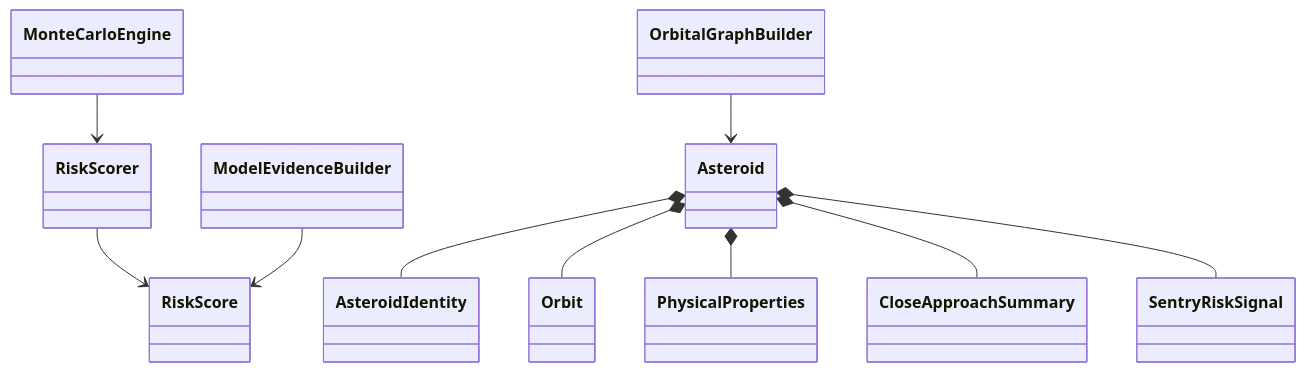
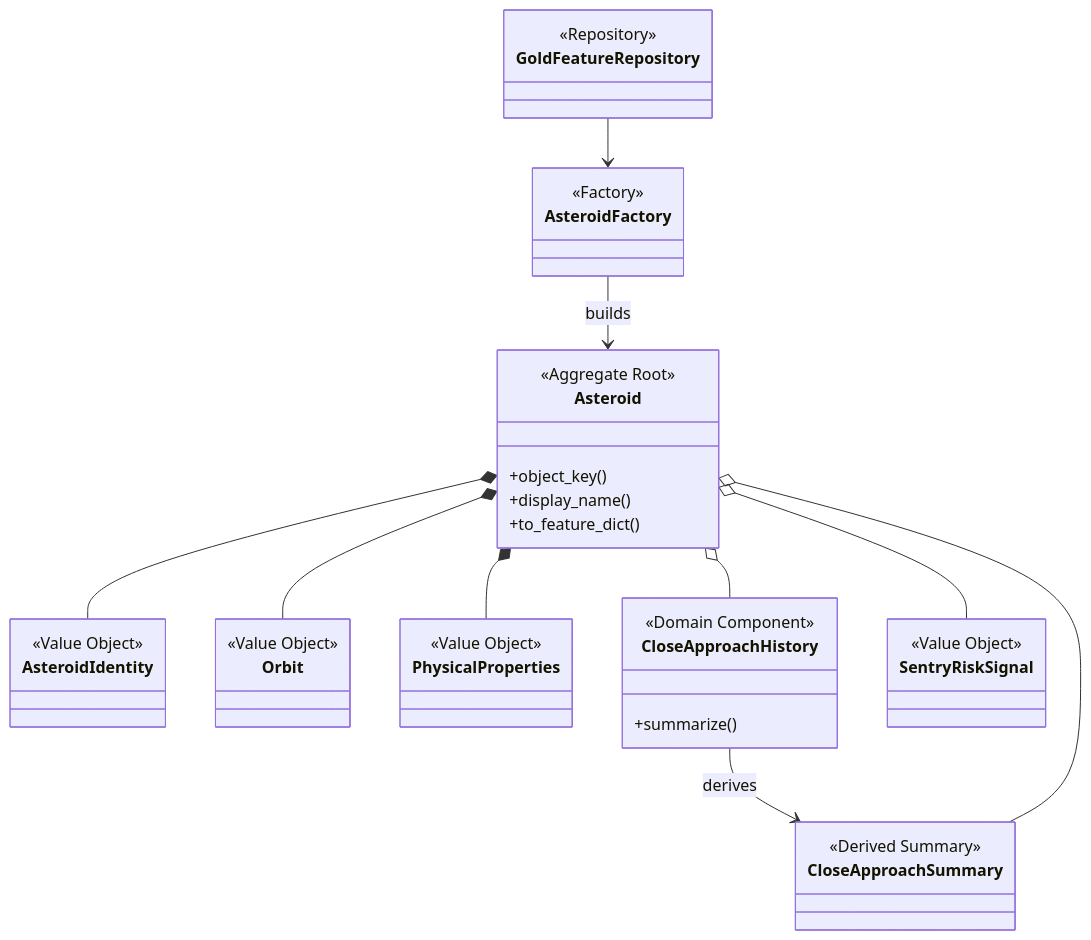
Before and after one commit to LiamSalazar/NEO-Angele-Risk-Lab: the third of 4 diagrams in README.md, drawn with Mermaid. The commit also changed other lines of this file and 14 other files, not shown here.

````diff
--- a/README.md
+++ b/README.md
@@ -154,23 +171,44 @@
 ```mermaid
 classDiagram
-    class Asteroid
-    class AsteroidIdentity
-    class Orbit
-    class PhysicalProperties
-    class CloseApproachSummary
-    class SentryRiskSignal
-    class RiskScore
-    class RiskScorer
-    class MonteCarloEngine
-    class OrbitalGraphBuilder
-    class ModelEvidenceBuilder
+    class Asteroid {
+        <<Aggregate Root>>
+        +object_key()
+        +display_name()
+        +to_feature_dict()
+    }
+    class AsteroidIdentity {
+        <<Value Object>>
+    }
+    class Orbit {
+        <<Value Object>>
+    }
+    class PhysicalProperties {
+        <<Value Object>>
+    }
+    class CloseApproachHistory {
+        <<Domain Component>>
+        +summarize()
+    }
+    class CloseApproachSummary {
+        <<Derived Summary>>
+    }
+    class SentryRiskSignal {
+        <<Value Object>>
+    }
+    class AsteroidFactory {
+        <<Factory>>
+    }
+    class GoldFeatureRepository {
+        <<Repository>>
+    }
+
+    AsteroidFactory --> Asteroid : builds
+    GoldFeatureRepository --> AsteroidFactory
     Asteroid *-- AsteroidIdentity
     Asteroid *-- Orbit
     Asteroid *-- PhysicalProperties
-    Asteroid *-- CloseApproachSummary
-    Asteroid *-- SentryRiskSignal
-    RiskScorer --> RiskScore
-    MonteCarloEngine --> RiskScorer
-    OrbitalGraphBuilder --> Asteroid
-    ModelEvidenceBuilder --> RiskScore
+    Asteroid o-- CloseApproachHistory
+    CloseApproachHistory --> CloseApproachSummary : derives
+    Asteroid o-- CloseApproachSummary
+    Asteroid o-- SentryRiskSignal
 ```
````
